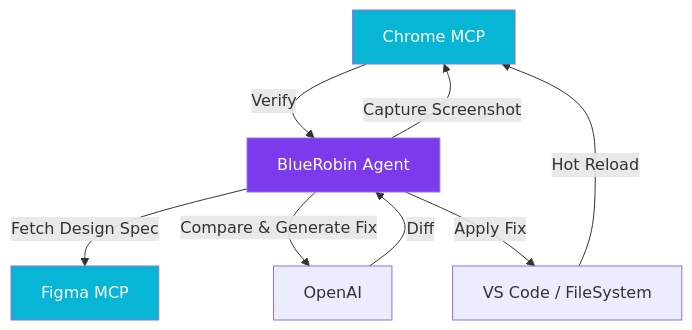
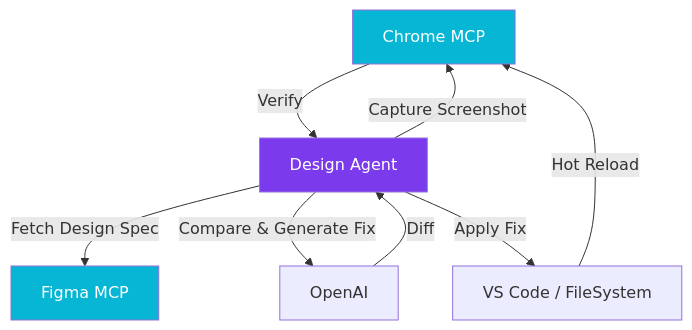
Before and after one commit to viktorrobin/bluerobin-blog: the diagram in src/content/blog/figma-mcp-self-optimizing-design-loop.mdx, drawn with Mermaid. The commit also changed other lines of this file and 111 other files, not shown here.

````diff
--- a/src/content/blog/figma-mcp-self-optimizing-design-loop.mdx
+++ b/src/content/blog/figma-mcp-self-optimizing-design-loop.mdx
@@ -40,23 +41,23 @@
 ```mermaid
 flowchart TD
     Figma[Figma MCP]
     Browser[Chrome MCP]
-    Agent[BlueRobin Agent]
+    Agent[Design Agent]
     FileSystem[VS Code / FileSystem]
 
     Agent -->|Fetch Design Spec| Figma
     Agent -->|Capture Screenshot| Browser
     Agent -->|Compare & Generate Fix| OpenAI
     OpenAI -- Diff --> Agent
     Agent -->|Apply Fix| FileSystem
     FileSystem -->|Hot Reload| Browser
     Browser -->|Verify| Agent
 
     classDef primary fill:#7c3aed,color:#fff
     classDef secondary fill:#06b6d4,color:#fff
     classDef db fill:#f43f5e,color:#fff
     classDef warning fill:#fbbf24,color:#000
 
     class Agent primary
     class Figma,Browser secondary
 ```
````
